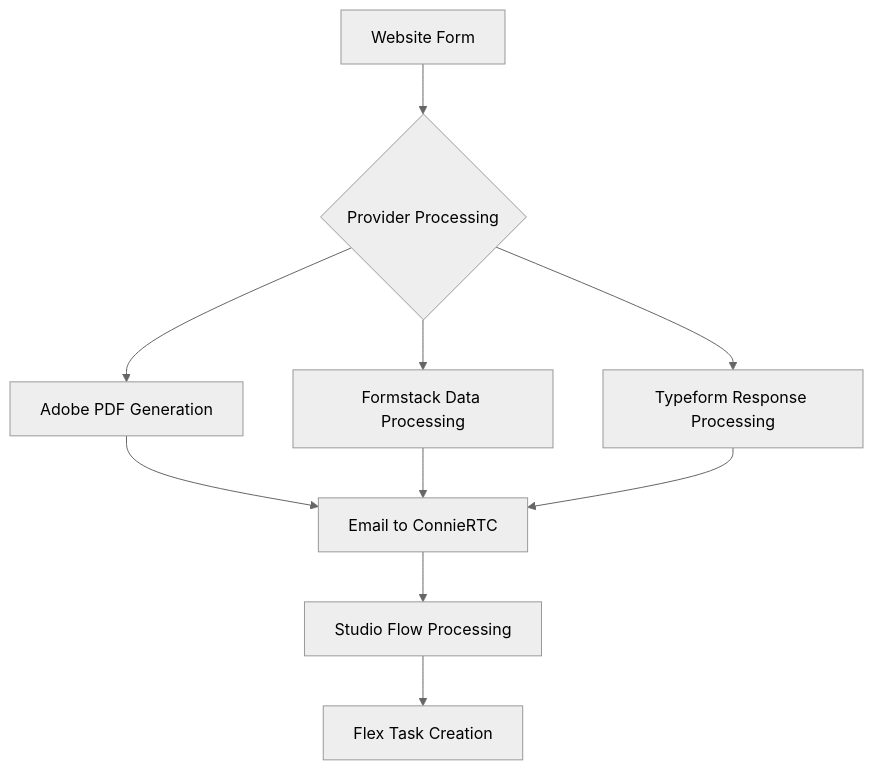
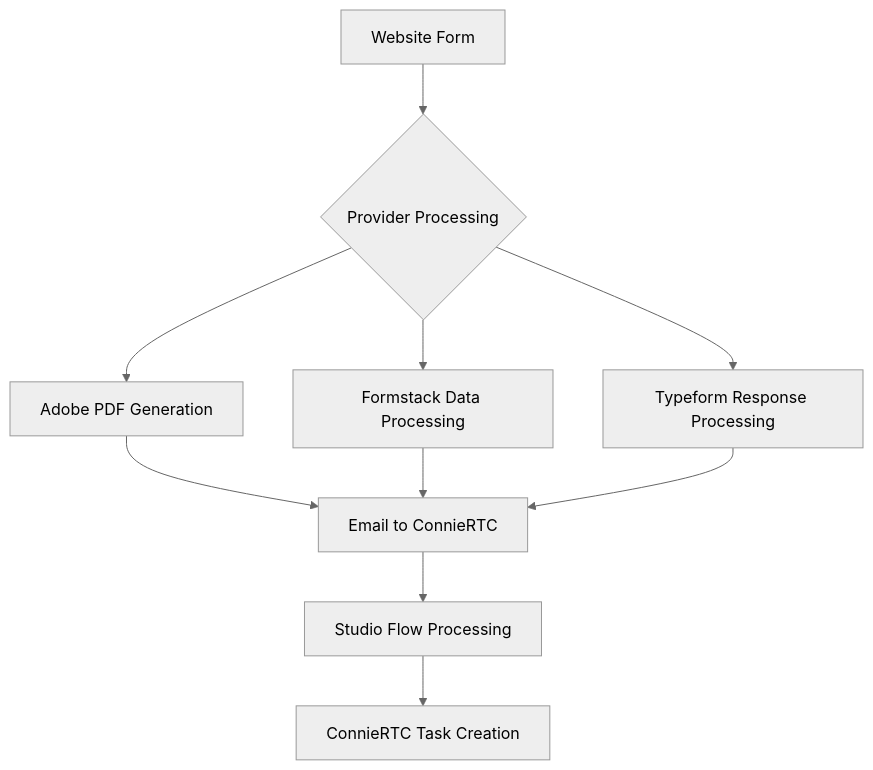
The first of 4 diagrams in docs/developers/building/feature-management/channels/web/choose-web-forms-provider.md (ConnieML/docs.connie), drawn with Mermaid (neutral theme) before and after one commit. The commit also changed 120 other files, not shown here.

Commit message:
Replace Twilio with Connie and Flex with ConnieRTC throughout documentation

````diff
--- a/docs/developers/building/feature-management/channels/web/choose-web-forms-provider.md
+++ b/docs/developers/building/feature-management/channels/web/choose-web-forms-provider.md
@@ -106,12 +106,12 @@
 ```mermaid
 graph TB
     A[Website Form] --> B{Provider Processing}
     B --> C[Adobe PDF Generation]
     B --> D[Formstack Data Processing]
     B --> E[Typeform Response Processing]
     C --> F[Email to ConnieRTC]
     D --> F
     E --> F
     F --> G[Studio Flow Processing]
-    G --> H[Flex Task Creation]
+    G --> H[ConnieRTC Task Creation]
 ```
````
